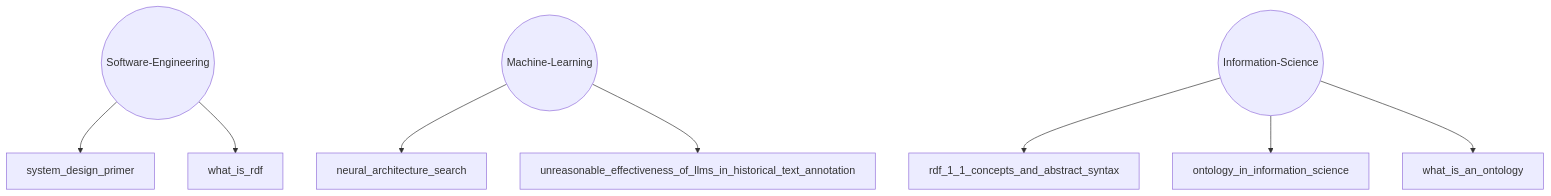
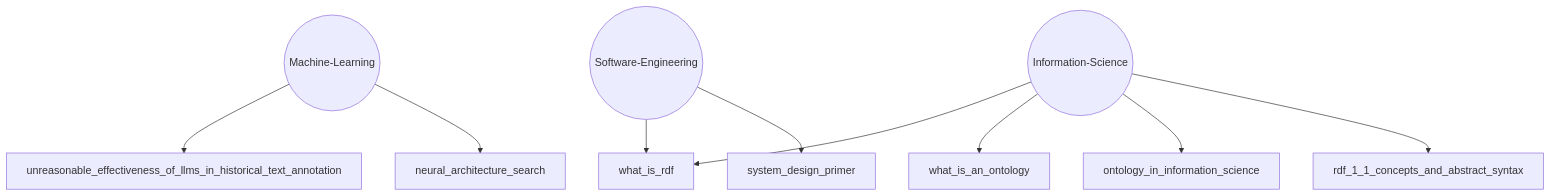
Before and after one commit to zparvez2z/TLDR: the diagram in README.md, drawn with Mermaid. The commit also changed other lines of this file and 2 other files, not shown here.

Commit message:
docs: Auto-generate knowledge base

````diff
--- a/README.md
+++ b/README.md
@@ -4,13 +4,14 @@
 ```mermaid
 graph TD
     Software-Engineering(( Software-Engineering ))
     Software-Engineering --> system_design_primer
     Software-Engineering --> what_is_rdf
     Machine-Learning(( Machine-Learning ))
     Machine-Learning --> neural_architecture_search
     Machine-Learning --> unreasonable_effectiveness_of_llms_in_historical_text_annotation
     Information-Science(( Information-Science ))
     Information-Science --> rdf_1_1_concepts_and_abstract_syntax
     Information-Science --> ontology_in_information_science
     Information-Science --> what_is_an_ontology
+    Information-Science --> what_is_rdf
 ```
````
